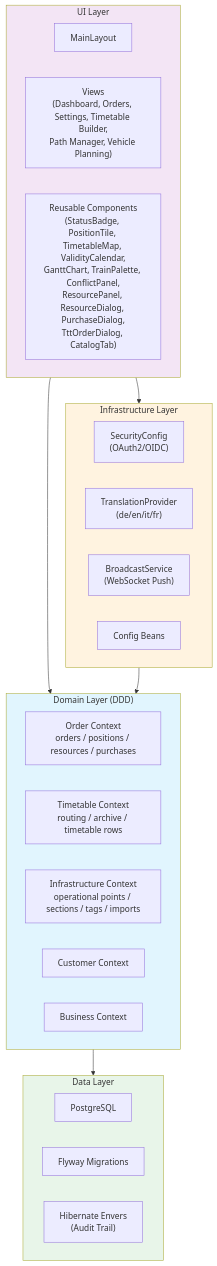
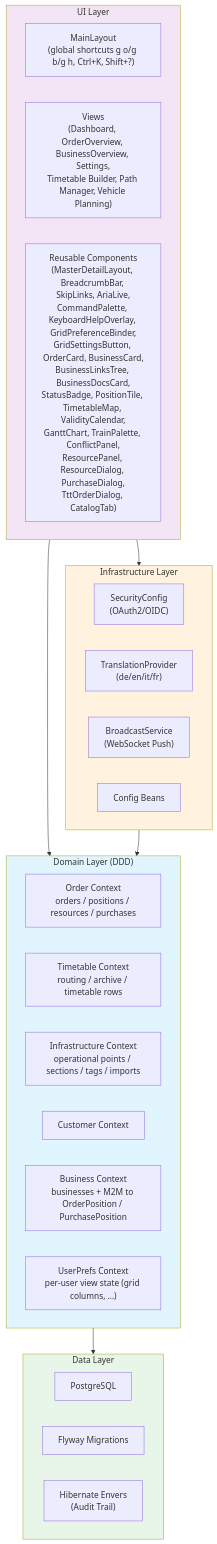
One commit to kron12345/railway-order-mgmt changed the second of 11 diagrams in docs/ARCHITECTURE.md. Above: the diagram before and after it, drawn with Mermaid. The commit also changed 72 other files, not shown here.

First line of the commit message:
Master-detail UX, a11y baseline, business↔purchase-position M2M

````diff
--- a/docs/ARCHITECTURE.md
+++ b/docs/ARCHITECTURE.md
@@ -16,39 +16,40 @@
 ```mermaid
 graph TB
     subgraph UI["UI Layer"]
-        Layout["MainLayout"]
-        Views["Views<br/>(Dashboard, Orders, Settings, Timetable Builder,<br/>Path Manager, Vehicle Planning)"]
-        Components["Reusable Components<br/>(StatusBadge, PositionTile, TimetableMap, ValidityCalendar,<br/>GanttChart, TrainPalette, ConflictPanel,<br/>ResourcePanel, ResourceDialog, PurchaseDialog,<br/>TttOrderDialog, CatalogTab)"]
+        Layout["MainLayout<br/>(global shortcuts g o/g b/g h, Ctrl+K, Shift+?)"]
+        Views["Views<br/>(Dashboard, OrderOverview, BusinessOverview, Settings,<br/>Timetable Builder, Path Manager, Vehicle Planning)"]
+        Components["Reusable Components<br/>(MasterDetailLayout, BreadcrumbBar, SkipLinks, AriaLive,<br/>CommandPalette, KeyboardHelpOverlay, GridPreferenceBinder,<br/>GridSettingsButton, OrderCard, BusinessCard,<br/>BusinessLinksTree, BusinessDocsCard,<br/>StatusBadge, PositionTile, TimetableMap, ValidityCalendar,<br/>GanttChart, TrainPalette, ConflictPanel,<br/>ResourcePanel, ResourceDialog, PurchaseDialog,<br/>TttOrderDialog, CatalogTab)"]
     end
 
     subgraph Domain["Domain Layer (DDD)"]
         Order["Order Context<br/>orders / positions / resources / purchases"]
         Timetable["Timetable Context<br/>routing / archive / timetable rows"]
         InfraDomain["Infrastructure Context<br/>operational points / sections / tags / imports"]
         Customer["Customer Context"]
-        Business["Business Context"]
+        Business["Business Context<br/>businesses + M2M to OrderPosition / PurchasePosition"]
+        UserPrefs["UserPrefs Context<br/>per-user view state (grid columns, …)"]
     end
 
     subgraph Infra["Infrastructure Layer"]
         Security["SecurityConfig<br/>(OAuth2/OIDC)"]
         I18n["TranslationProvider<br/>(de/en/it/fr)"]
         Push["BroadcastService<br/>(WebSocket Push)"]
         Config["Config Beans"]
     end
 
     subgraph Data["Data Layer"]
         DB2["PostgreSQL"]
         Flyway["Flyway Migrations"]
         Envers["Hibernate Envers<br/>(Audit Trail)"]
     end
 
     UI --> Domain
     UI --> Infra
     Infra --> Domain
     Domain --> Data
 
     style Domain fill:#e1f5fe
     style UI fill:#f3e5f5
     style Infra fill:#fff3e0
     style Data fill:#e8f5e9
 ```
````
